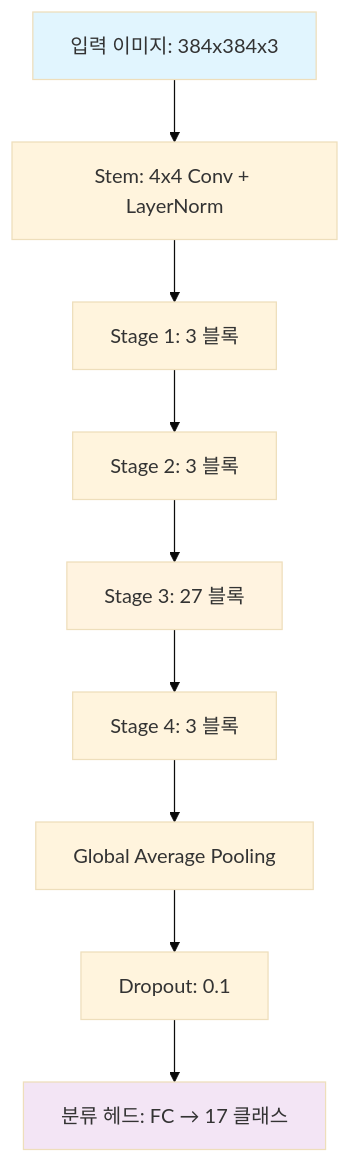
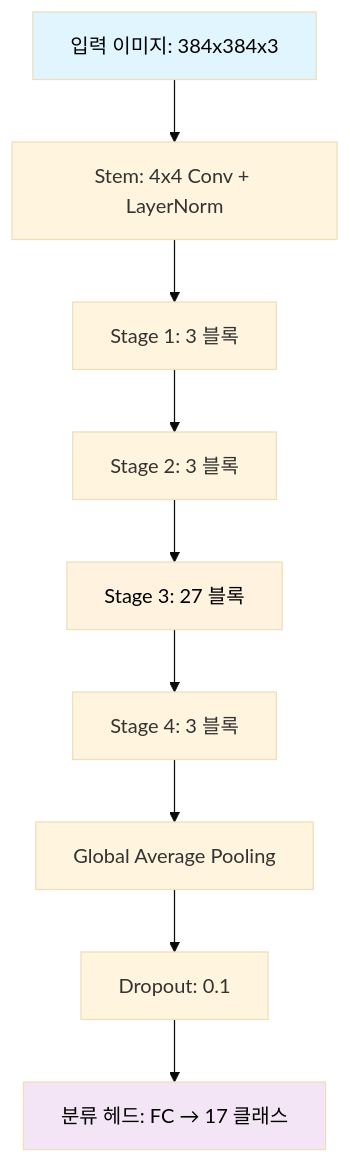
One commit to nimnusmik/CV_documents_classification_competition changed the third of 3 diagrams in docs/학습결과/ConvNeXt_최고성능_학습결과_분석_20250910.md. Above: the diagram before and after it, drawn with Mermaid (base theme). The commit also changed 11 other files, not shown here.

Commit message:
docs: mermaid 글자 색상 명확한 검정색으로 수정

````diff
--- a/docs/학습결과/ConvNeXt_최고성능_학습결과_분석_20250910.md
+++ b/docs/학습결과/ConvNeXt_최고성능_학습결과_분석_20250910.md
@@ -191,15 +191,15 @@
 ```mermaid
 graph TB
     A[입력 이미지: 384x384x3] --> B[Stem: 4x4 Conv + LayerNorm]
     B --> C[Stage 1: 3 블록]
     C --> D[Stage 2: 3 블록] 
     D --> E[Stage 3: 27 블록]
     E --> F[Stage 4: 3 블록]
     F --> G[Global Average Pooling]
     G --> H[Dropout: 0.1]
     H --> I[분류 헤드: FC → 17 클래스]
     
-    style A fill:#e1f5fe
-    style I fill:#f3e5f5
-    style E fill:#fff3e0
+    style A fill:#e1f5fe, color:#000000
+    style I fill:#f3e5f5, color:#000000
+    style E fill:#fff3e0, color:#000000
 ```
````
